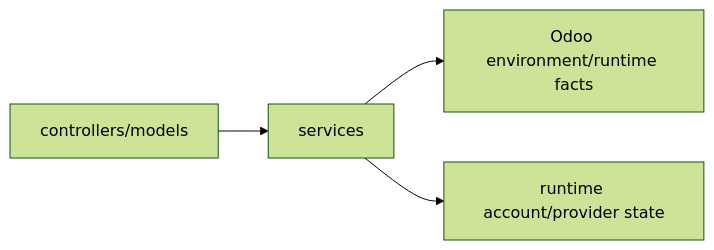
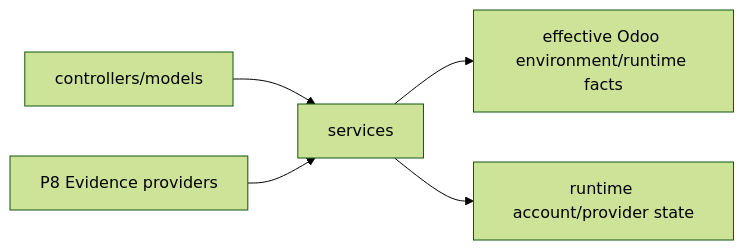
Before and after one commit to CPX-001/ai-odoo-assistant: the diagram in addons/odoo_ai_assistant/services/README.md, drawn with Mermaid (forest theme). The commit also changed other lines of this file, not shown here.

Commit message:
docs(p8): align services with in-process inventory evidence

````diff
--- a/addons/odoo_ai_assistant/services/README.md
+++ b/addons/odoo_ai_assistant/services/README.md
@@ -5,6 +5,7 @@
 ```mermaid
 flowchart LR
     C[controllers/models] --> S[services]
-    S --> O[Odoo environment/runtime facts]
+    S --> O[effective Odoo environment/runtime facts]
     S --> R[runtime account/provider state]
+    E[P8 Evidence providers] --> S
 ```
````
